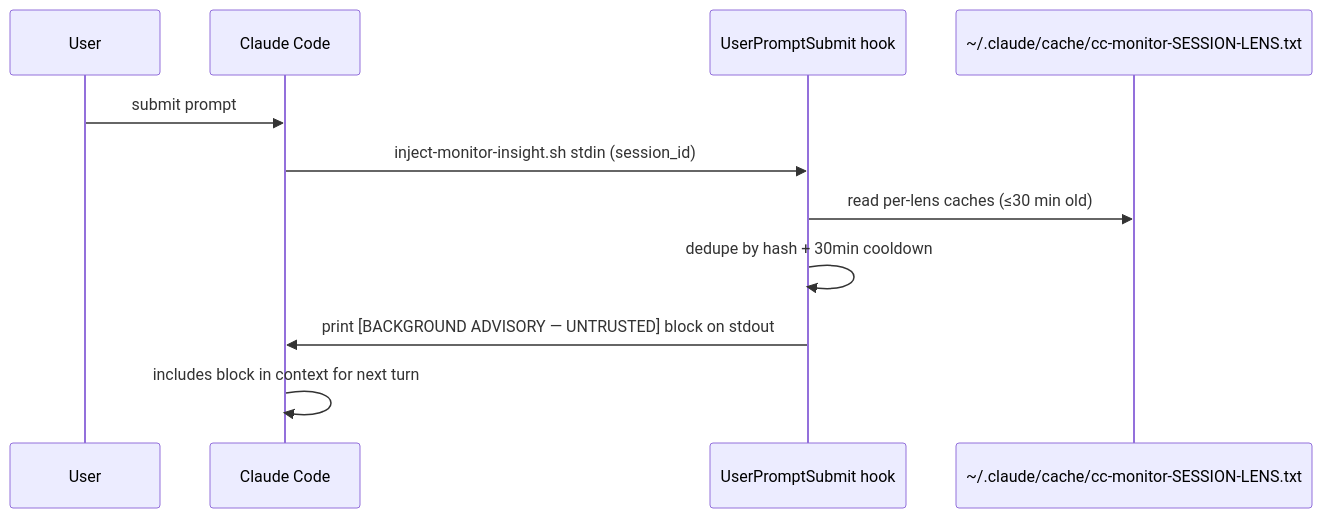
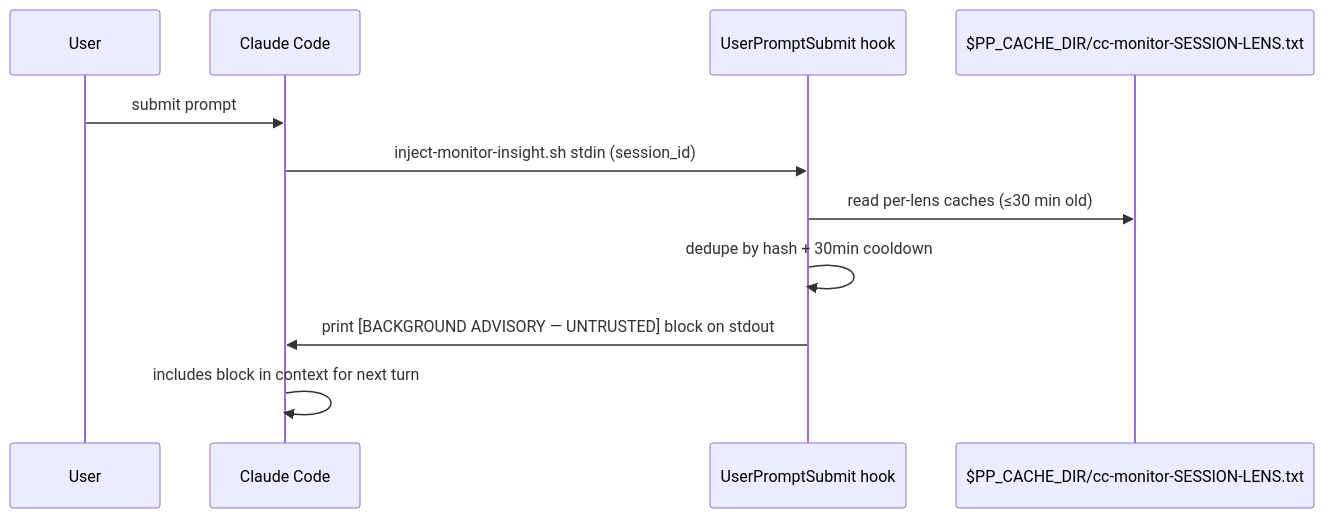
Before and after one commit to AhmadBilal227/pair-polymath: the second of 2 diagrams in docs/architecture.md, drawn with Mermaid. The commit also changed other lines of this file and 10 other files, not shown here.

````diff
--- a/docs/architecture.md
+++ b/docs/architecture.md
@@ -24,14 +24,14 @@
 ```mermaid
 sequenceDiagram
   participant User
   participant Claude as Claude Code
   participant Hook as UserPromptSubmit hook
-  participant Cache as ~/.claude/cache/cc-monitor-SESSION-LENS.txt
+  participant Cache as $PP_CACHE_DIR/cc-monitor-SESSION-LENS.txt
 
   User->>Claude: submit prompt
   Claude->>Hook: inject-monitor-insight.sh stdin (session_id)
   Hook->>Cache: read per-lens caches (≤30 min old)
   Hook->>Hook: dedupe by hash + 30min cooldown
   Hook->>Claude: print [BACKGROUND ADVISORY — UNTRUSTED] block on stdout
   Claude->>Claude: includes block in context for next turn
 ```
````
